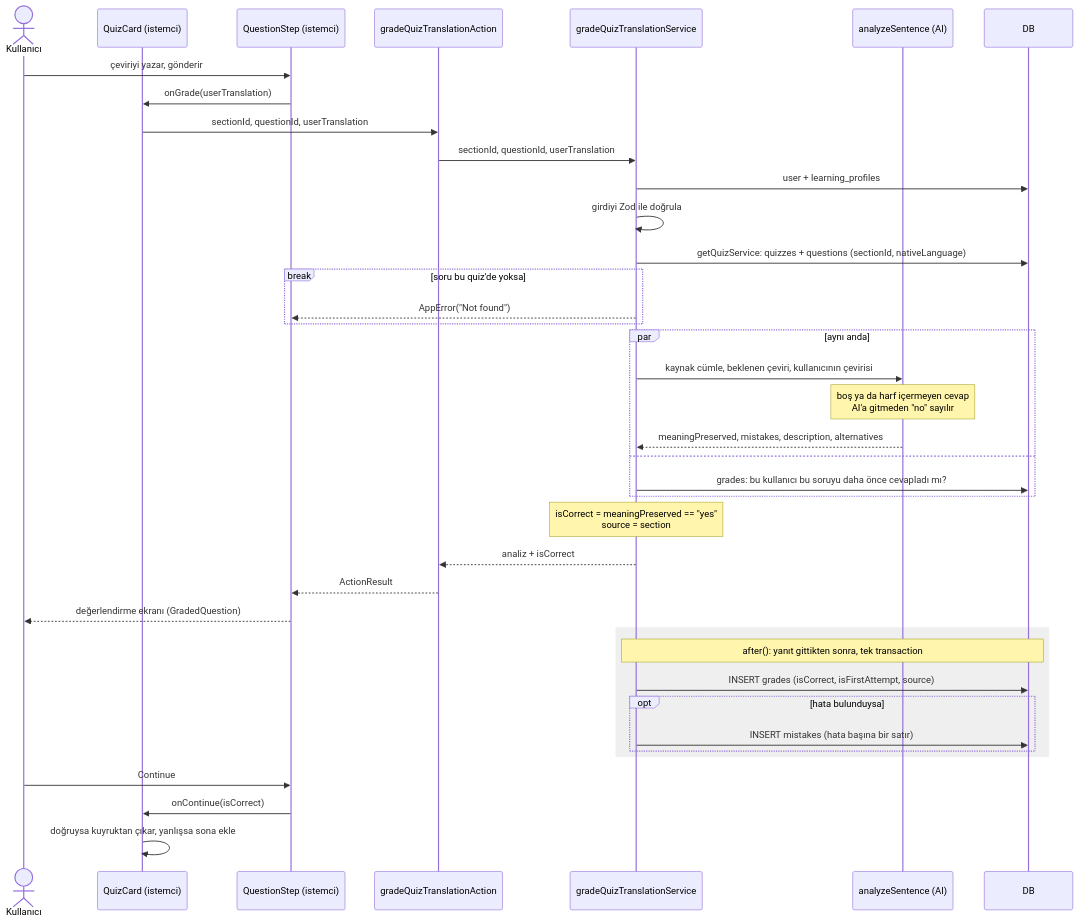
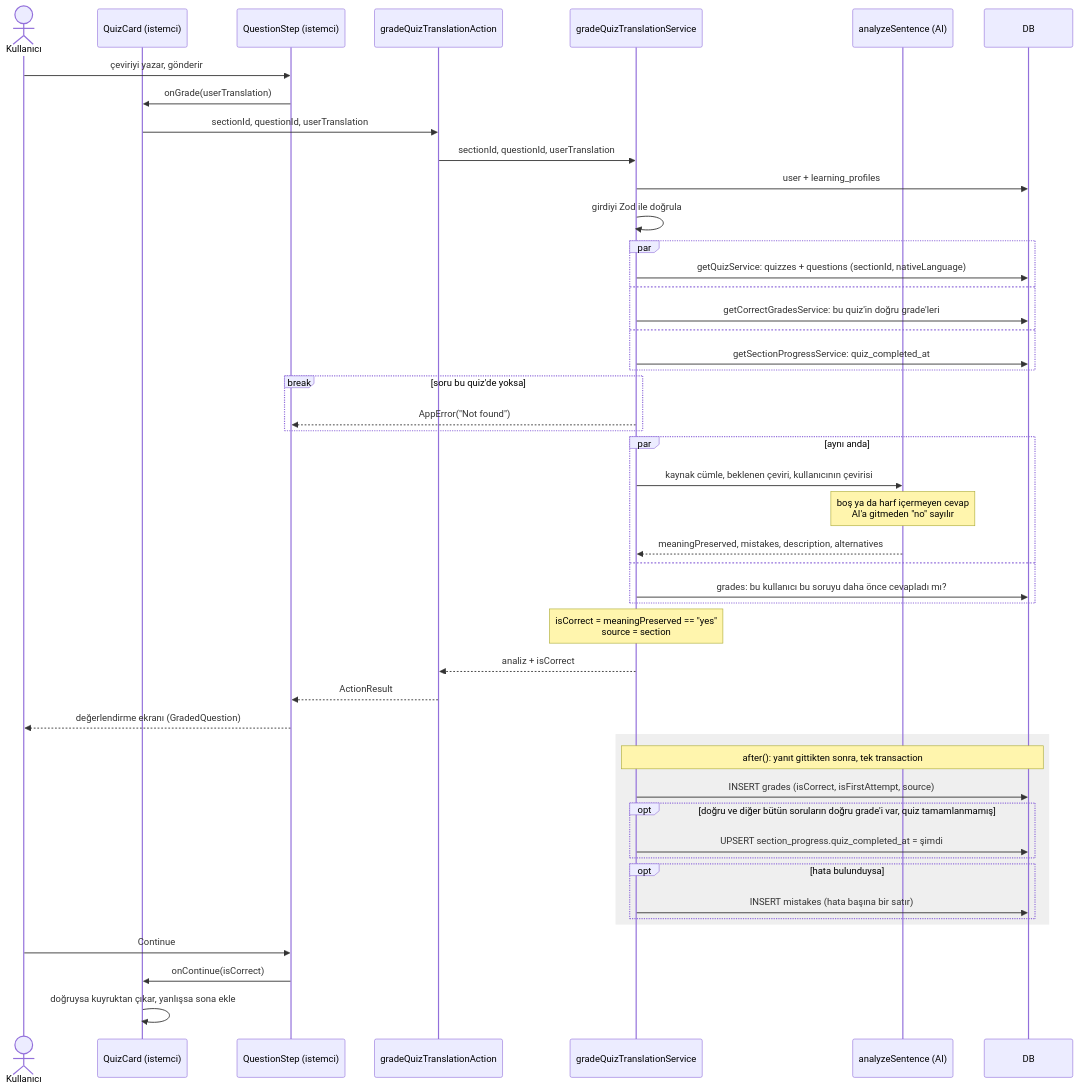
The fourth of 5 diagrams in docs/flows/quiz-answer.md (emirsalihgmrk/scedulai), drawn with Mermaid before and after one commit. The commit also changed other lines of this file and 11 other files, not shown here.

First line of the commit message:
fix(quiz): let the server mark the quiz complete from the grades

````diff
--- a/docs/flows/quiz-answer.md
+++ b/docs/flows/quiz-answer.md
@@ -128,42 +142,51 @@
 ```mermaid
 sequenceDiagram
   actor U as Kullanıcı
   participant QC as QuizCard (istemci)
   participant QS as QuestionStep (istemci)
   participant A as gradeQuizTranslationAction
   participant S as gradeQuizTranslationService
   participant AI as analyzeSentence (AI)
   participant DB
 
   U->>QS: çeviriyi yazar, gönderir
   QS->>QC: onGrade(userTranslation)
   QC->>A: sectionId, questionId, userTranslation
   A->>S: sectionId, questionId, userTranslation
   S->>DB: user + learning_profiles
   S->>S: girdiyi Zod ile doğrula
-  S->>DB: getQuizService: quizzes + questions (sectionId, nativeLanguage)
+  par
+    S->>DB: getQuizService: quizzes + questions (sectionId, nativeLanguage)
+  and
+    S->>DB: getCorrectGradesService: bu quiz'in doğru grade'leri
+  and
+    S->>DB: getSectionProgressService: quiz_completed_at
+  end
   break soru bu quiz'de yoksa
     S-->>QS: AppError("Not found")
   end
   par aynı anda
     S->>AI: kaynak cümle, beklenen çeviri, kullanıcının çevirisi
     Note over AI: boş ya da harf içermeyen cevap<br/>AI'a gitmeden "no" sayılır
     AI-->>S: meaningPreserved, mistakes, description, alternatives
   and
     S->>DB: grades: bu kullanıcı bu soruyu daha önce cevapladı mı?
   end
   Note over S: isCorrect = meaningPreserved == "yes"<br/>source = section
   S-->>A: analiz + isCorrect
   A-->>QS: ActionResult
   QS-->>U: değerlendirme ekranı (GradedQuestion)
   rect rgba(127, 127, 127, 0.12)
     Note over S,DB: after(): yanıt gittikten sonra, tek transaction
     S->>DB: INSERT grades (isCorrect, isFirstAttempt, source)
+    opt doğru ve diğer bütün soruların doğru grade'i var, quiz tamamlanmamış
+      S->>DB: UPSERT section_progress.quiz_completed_at = şimdi
+    end
     opt hata bulunduysa
       S->>DB: INSERT mistakes (hata başına bir satır)
     end
   end
   U->>QS: Continue
   QS->>QC: onContinue(isCorrect)
   QC->>QC: doğruysa kuyruktan çıkar, yanlışsa sona ekle
 ```
````
